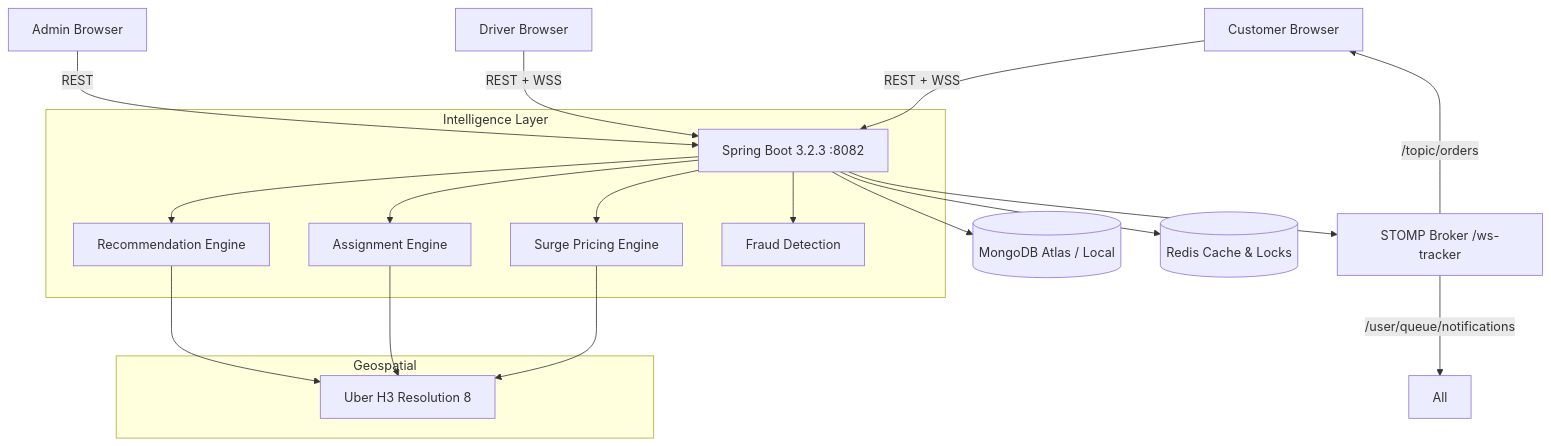
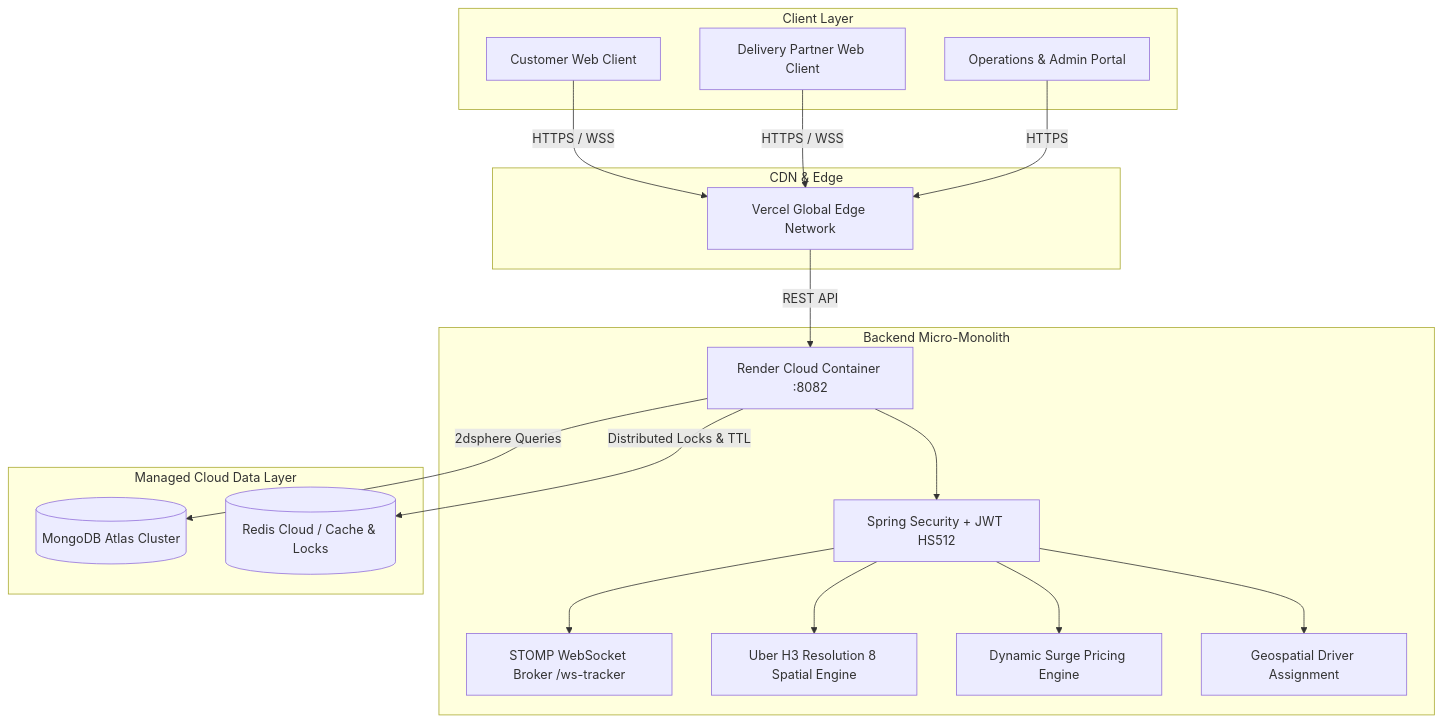
The diagram in README.md (chandangupta7143/IntelliFood-Smart-Food-Delivery-Platform-), drawn with Mermaid before and after one commit. The commit also changed other lines of this file, not shown here.

Commit message:
docs: update README with live production URLs, demo accounts, and architecture

````diff
--- a/README.md
+++ b/README.md
@@ -23,26 +43,40 @@
 ```mermaid
 graph TD
-    Customer[Customer Browser] -->|REST + WSS| Backend
-    Driver[Driver Browser] -->|REST + WSS| Backend
-    Admin[Admin Browser] -->|REST| Backend
-
-    Backend[Spring Boot 3.2.3 :8082]
-    Backend --> MongoDB[(MongoDB Atlas / Local)]
-    Backend --> Redis[(Redis Cache & Locks)]
-    Backend --> STOMP[STOMP Broker /ws-tracker]
-    STOMP -->|/topic/orders| Customer
-    STOMP -->|/user/queue/notifications| All
-
-    subgraph Intelligence Layer
-        Backend --> Surge[Surge Pricing Engine]
-        Backend --> Assign[Assignment Engine]
-        Backend --> Recommend[Recommendation Engine]
-        Backend --> Fraud[Fraud Detection]
+    subgraph Client Layer
+        Customer[Customer Web Client]
+        Driver[Delivery Partner Web Client]
+        Admin[Operations & Admin Portal]
     end
 
-    subgraph Geospatial
-        Surge --> H3[Uber H3 Resolution 8]
-        Assign --> H3
-        Recommend --> H3
+    subgraph CDN & Edge
+        Vercel[Vercel Global Edge Network]
     end
+
+    subgraph Backend Micro-Monolith
+        Render[Render Cloud Container :8082]
+        Security[Spring Security + JWT HS512]
+        Broker[STOMP WebSocket Broker /ws-tracker]
+        Geo[Uber H3 Resolution 8 Spatial Engine]
+        SurgeEngine[Dynamic Surge Pricing Engine]
+        AssignEngine[Geospatial Driver Assignment]
+    end
+
+    subgraph Managed Cloud Data Layer
+        Atlas[(MongoDB Atlas Cluster)]
+        Redis[(Redis Cloud / Cache & Locks)]
+    end
+
+    Customer -->|HTTPS / WSS| Vercel
+    Driver -->|HTTPS / WSS| Vercel
+    Admin -->|HTTPS| Vercel
+
+    Vercel -->|REST API| Render
+    Render --> Security
+    Security --> Broker
+    Security --> Geo
+    Security --> SurgeEngine
+    Security --> AssignEngine
+
+    Render -->|2dsphere Queries| Atlas
+    Render -->|Distributed Locks & TTL| Redis
 ```
````
